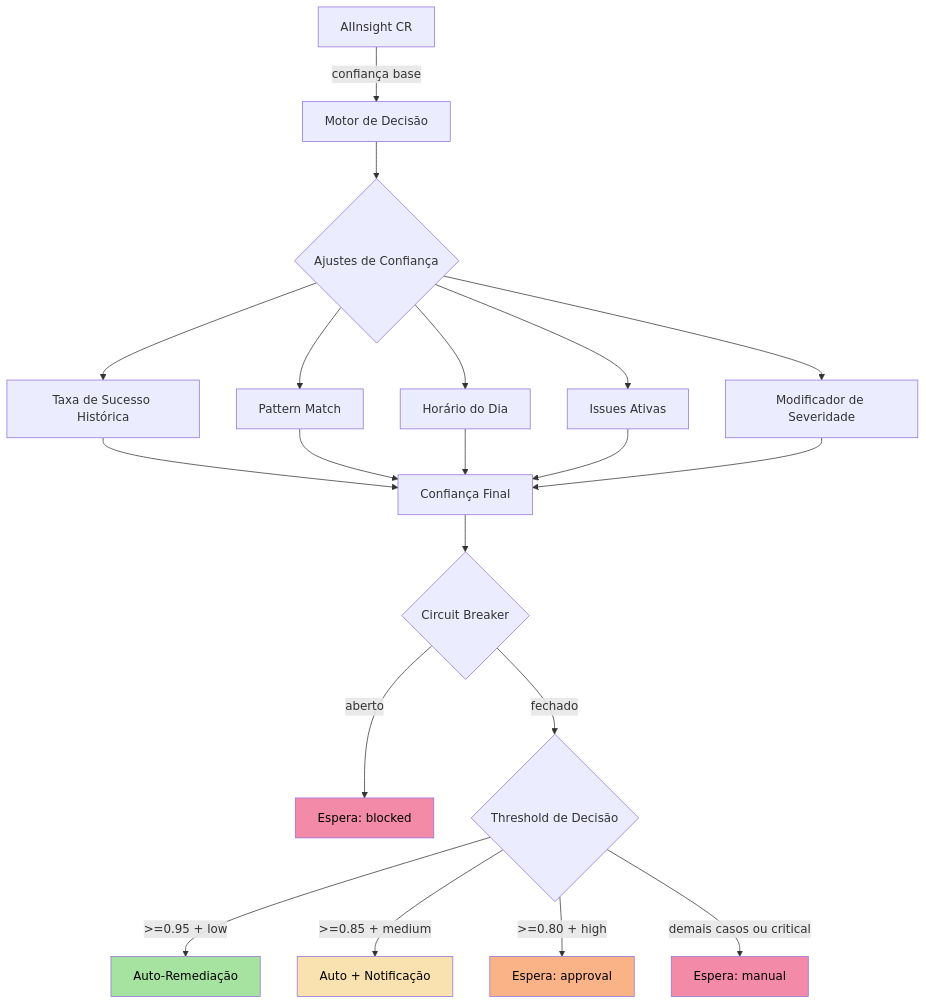
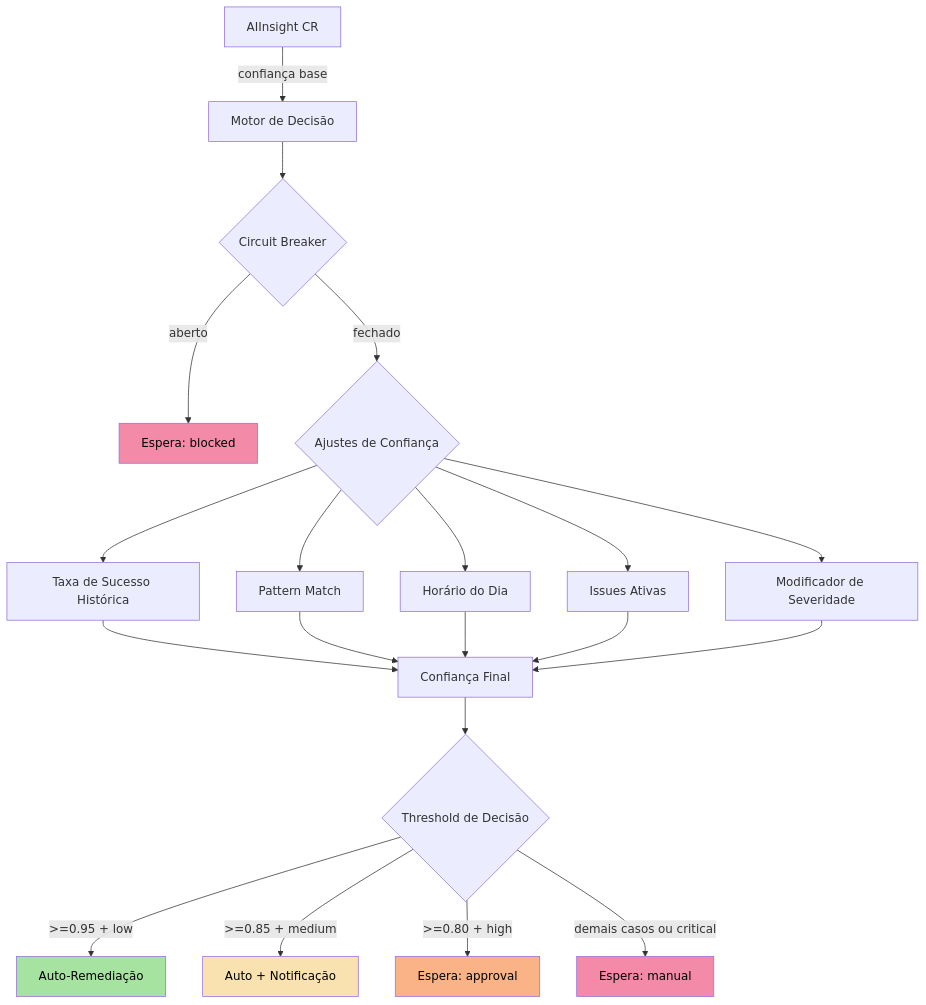
Before and after one commit to diillson/chatcli.ai: the first of 2 diagrams in pt/features/aiops/decision-engine.mdx, drawn with Mermaid. The commit also changed other lines of this file and 126 other files, not shown here.

````diff
--- a/pt/features/aiops/decision-engine.mdx
+++ b/pt/features/aiops/decision-engine.mdx
@@ -20,23 +20,23 @@
 ```mermaid
 flowchart TD
     A[AIInsight CR] -->|confiança base| B[Motor de Decisão]
-    B --> C{Ajustes de Confiança}
+    B --> J{Circuit Breaker}
+    J -->|aberto| K[Espera: blocked]
+    J -->|fechado| C{Ajustes de Confiança}
     C --> D[Taxa de Sucesso Histórica]
     C --> E[Pattern Match]
     C --> F[Horário do Dia]
     C --> G[Issues Ativas]
     C --> H[Modificador de Severidade]
     D & E & F & G & H --> I[Confiança Final]
-    I --> J{Circuit Breaker}
-    J -->|aberto| K[Espera: blocked]
-    J -->|fechado| L{Threshold de Decisão}
+    I --> L{Threshold de Decisão}
     L -->|>=0.95 + low| M[Auto-Remediação]
     L -->|>=0.85 + medium| N[Auto + Notificação]
     L -->|>=0.80 + high| O[Espera: approval]
     L -->|demais casos ou critical| P[Espera: manual]
     style M fill:#a6e3a1,color:#000
     style N fill:#f9e2af,color:#000
     style O fill:#fab387,color:#000
     style P fill:#f38ba8,color:#000
     style K fill:#f38ba8,color:#000
 ```
````
